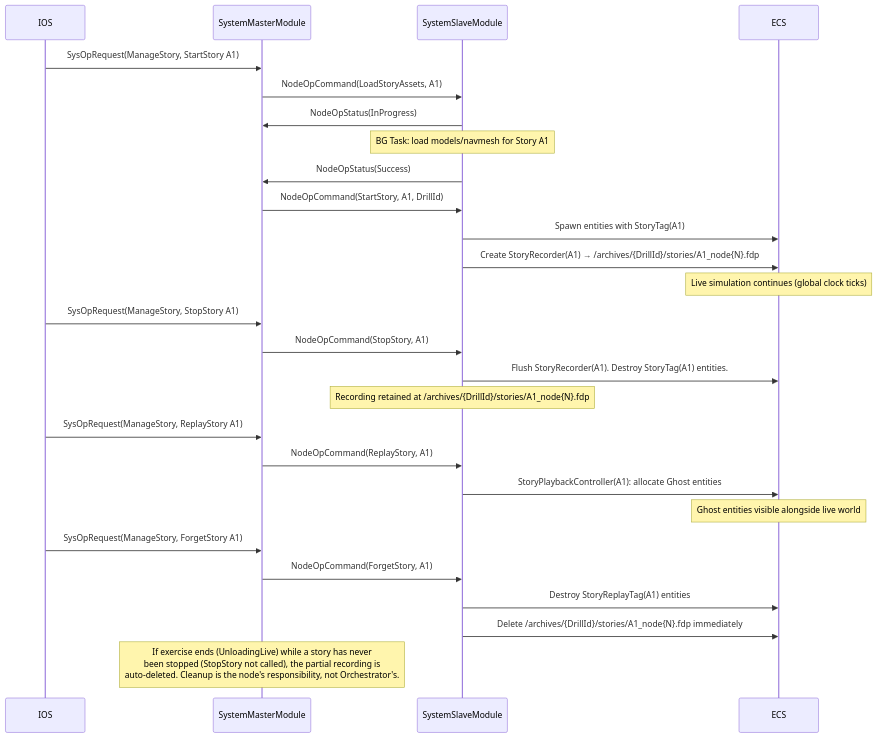
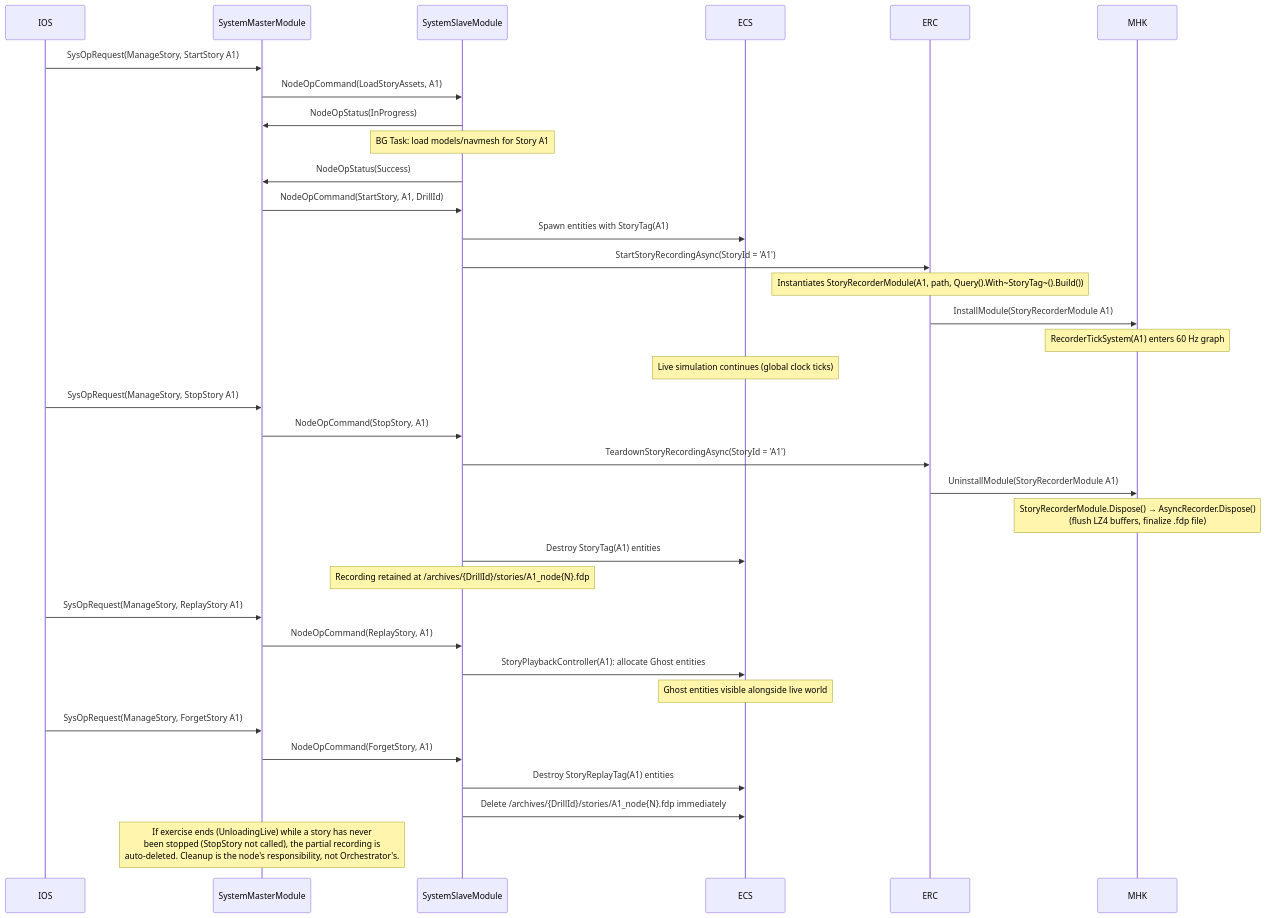
The tenth of 11 diagrams in docs/rec-plb-mgmt/DESIGN.md (pjanec/HROT), drawn with Mermaid before and after one commit. The commit also changed other lines of this file and 1 other file, not shown here.

````diff
--- a/docs/rec-plb-mgmt/DESIGN.md
+++ b/docs/rec-plb-mgmt/DESIGN.md
@@ -2353,36 +2638,42 @@
 ```mermaid
 sequenceDiagram
     participant IOS
     participant Master as SystemMasterModule
     participant Slave as SystemSlaveModule
     participant ECS
 
     IOS->>Master: SysOpRequest(ManageStory, StartStory A1)
     Master->>Slave: NodeOpCommand(LoadStoryAssets, A1)
     Slave->>Master: NodeOpStatus(InProgress)
     Note over Slave: BG Task: load models/navmesh for Story A1
     Slave->>Master: NodeOpStatus(Success)
 
     Master->>Slave: NodeOpCommand(StartStory, A1, DrillId)
     Slave->>ECS: Spawn entities with StoryTag(A1)
-    Slave->>ECS: Create StoryRecorder(A1) → /archives/{DrillId}/stories/A1_node{N}.fdp
+    Slave->>ERC: StartStoryRecordingAsync(StoryId = 'A1')
+    Note over ERC: Instantiates StoryRecorderModule(A1, path, Query().With~StoryTag~().Build())
+    ERC->>MHK: InstallModule(StoryRecorderModule A1)
+    Note over MHK: RecorderTickSystem(A1) enters 60 Hz graph
 
     Note over ECS: Live simulation continues (global clock ticks)
 
     IOS->>Master: SysOpRequest(ManageStory, StopStory A1)
     Master->>Slave: NodeOpCommand(StopStory, A1)
-    Slave->>ECS: Flush StoryRecorder(A1). Destroy StoryTag(A1) entities.
+    Slave->>ERC: TeardownStoryRecordingAsync(StoryId = 'A1')
+    ERC->>MHK: UninstallModule(StoryRecorderModule A1)
+    Note over MHK: StoryRecorderModule.Dispose() → AsyncRecorder.Dispose()<br/>(flush LZ4 buffers, finalize .fdp file)
+    Slave->>ECS: Destroy StoryTag(A1) entities
     Note over Slave: Recording retained at /archives/{DrillId}/stories/A1_node{N}.fdp
 
     IOS->>Master: SysOpRequest(ManageStory, ReplayStory A1)
     Master->>Slave: NodeOpCommand(ReplayStory, A1)
     Slave->>ECS: StoryPlaybackController(A1): allocate Ghost entities
     Note over ECS: Ghost entities visible alongside live world
 
     IOS->>Master: SysOpRequest(ManageStory, ForgetStory A1)
     Master->>Slave: NodeOpCommand(ForgetStory, A1)
     Slave->>ECS: Destroy StoryReplayTag(A1) entities
     Slave->>ECS: Delete /archives/{DrillId}/stories/A1_node{N}.fdp immediately
 
     Note over Master: If exercise ends (UnloadingLive) while a story has never<br/>been stopped (StopStory not called), the partial recording is<br/>auto-deleted. Cleanup is the node's responsibility, not Orchestrator's.
 ```
````
